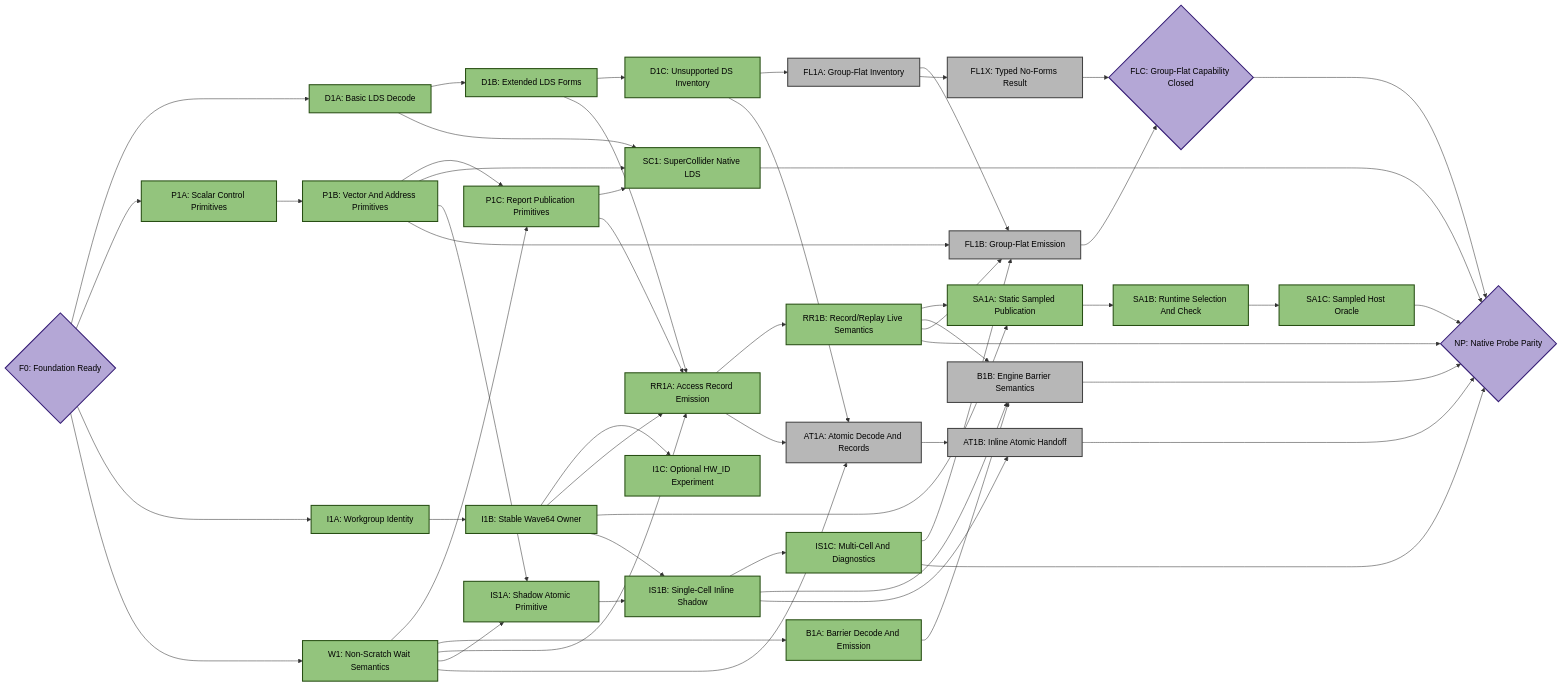
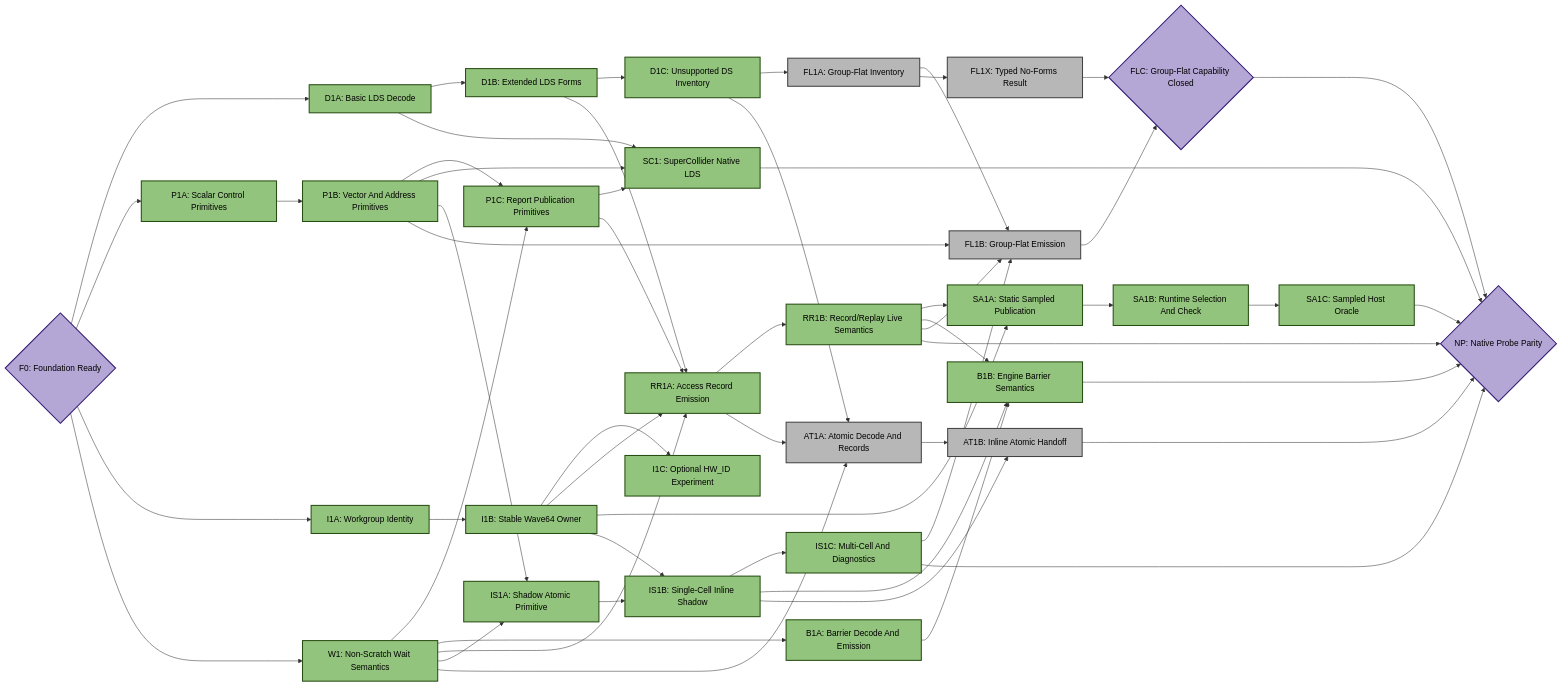
The fourth of 5 diagrams in emulation/rocjitsu/docs/consan/PLAN_GFX950.md (ROCm/rocm-systems), drawn with Mermaid before and after one commit. The commit also changed other lines of this file and 3 other files, not shown here.

Commit message:
rocjitsu: enable gfx950 barrier semantics

```diff
--- a/emulation/rocjitsu/docs/consan/PLAN_GFX950.md
+++ b/emulation/rocjitsu/docs/consan/PLAN_GFX950.md
@@ -363,7 +367,7 @@
   I1C["I1C: Optional HW_ID Experiment"]:::done
   W1["W1: Non-Scratch Wait Semantics"]:::done
   B1A["B1A: Barrier Decode And Emission"]:::done
-  B1B["B1B: Engine Barrier Semantics"]:::todo
+  B1B["B1B: Engine Barrier Semantics"]:::done
   SC1["SC1: SuperCollider Native LDS"]:::done
   RR1A["RR1A: Access Record Emission"]:::done
   RR1B["RR1B: Record/Replay Live Semantics"]:::done
```
